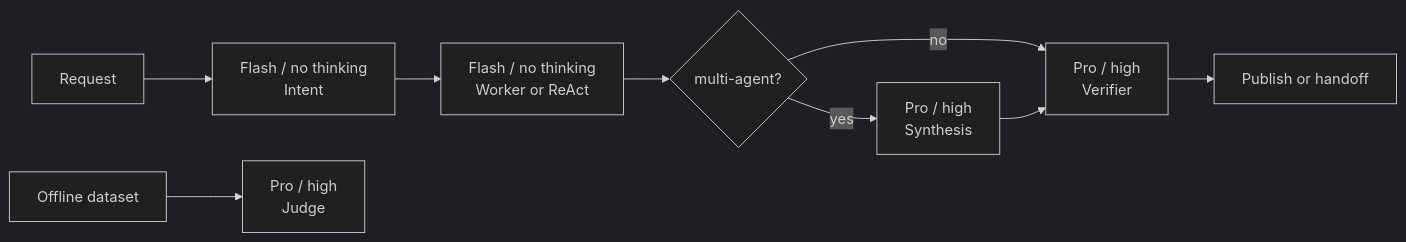
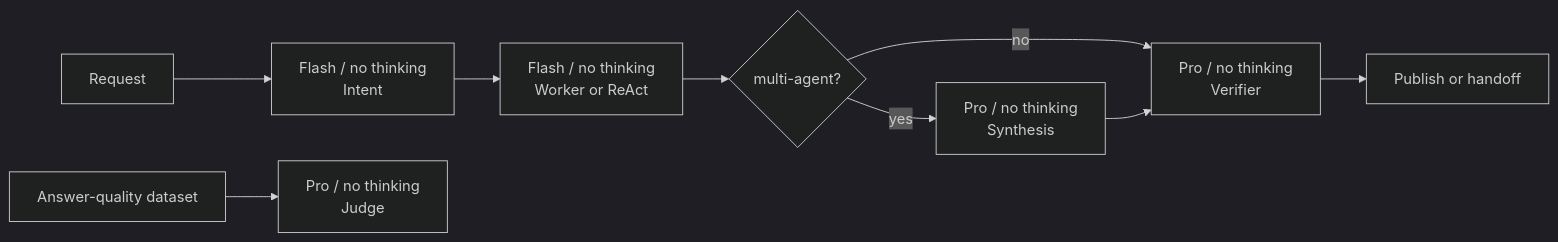
The ninth of 9 diagrams in docs/full-architecture-tutorial.zh-CN.md (Garrulus21yyx/DialogPilot), drawn with Mermaid (dark theme) before and after one commit. The commit also changed other lines of this file and 17 other files, not shown here.

````diff
--- a/docs/full-architecture-tutorial.zh-CN.md
+++ b/docs/full-architecture-tutorial.zh-CN.md
@@ -1883,11 +1883,11 @@
 ```mermaid
 flowchart LR
     Q[Request] --> I[Flash / no thinking\nIntent]
     I --> W[Flash / no thinking\nWorker or ReAct]
     W --> S{multi-agent?}
-    S -->|no| V[Pro / high\nVerifier]
-    S -->|yes| Y[Pro / high\nSynthesis]
+    S -->|no| V[Pro / no thinking\nVerifier]
+    S -->|yes| Y[Pro / no thinking\nSynthesis]
     Y --> V
     V --> P[Publish or handoff]
-    E[Offline dataset] --> J[Pro / high\nJudge]
+    E[Answer-quality dataset] --> J[Pro / no thinking\nJudge]
 ```
````
